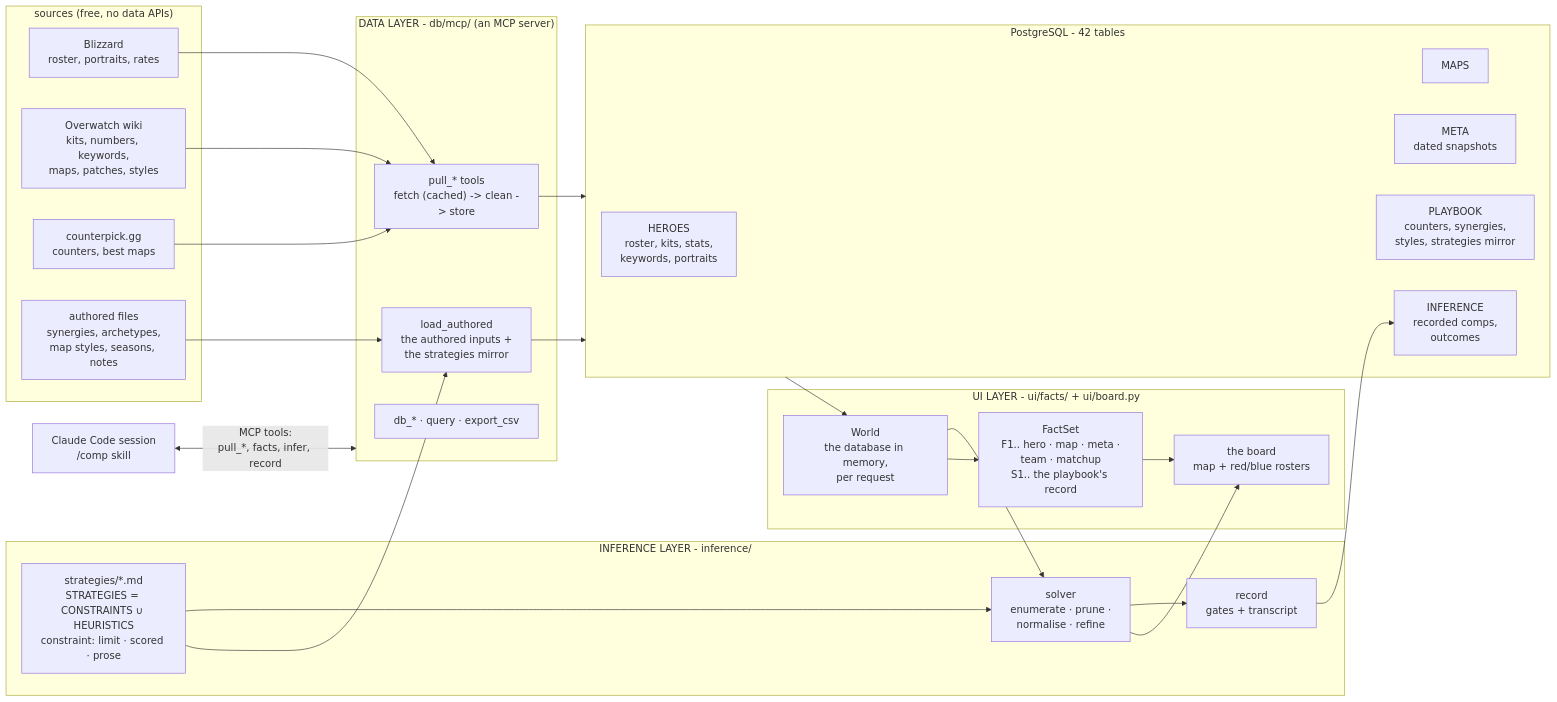
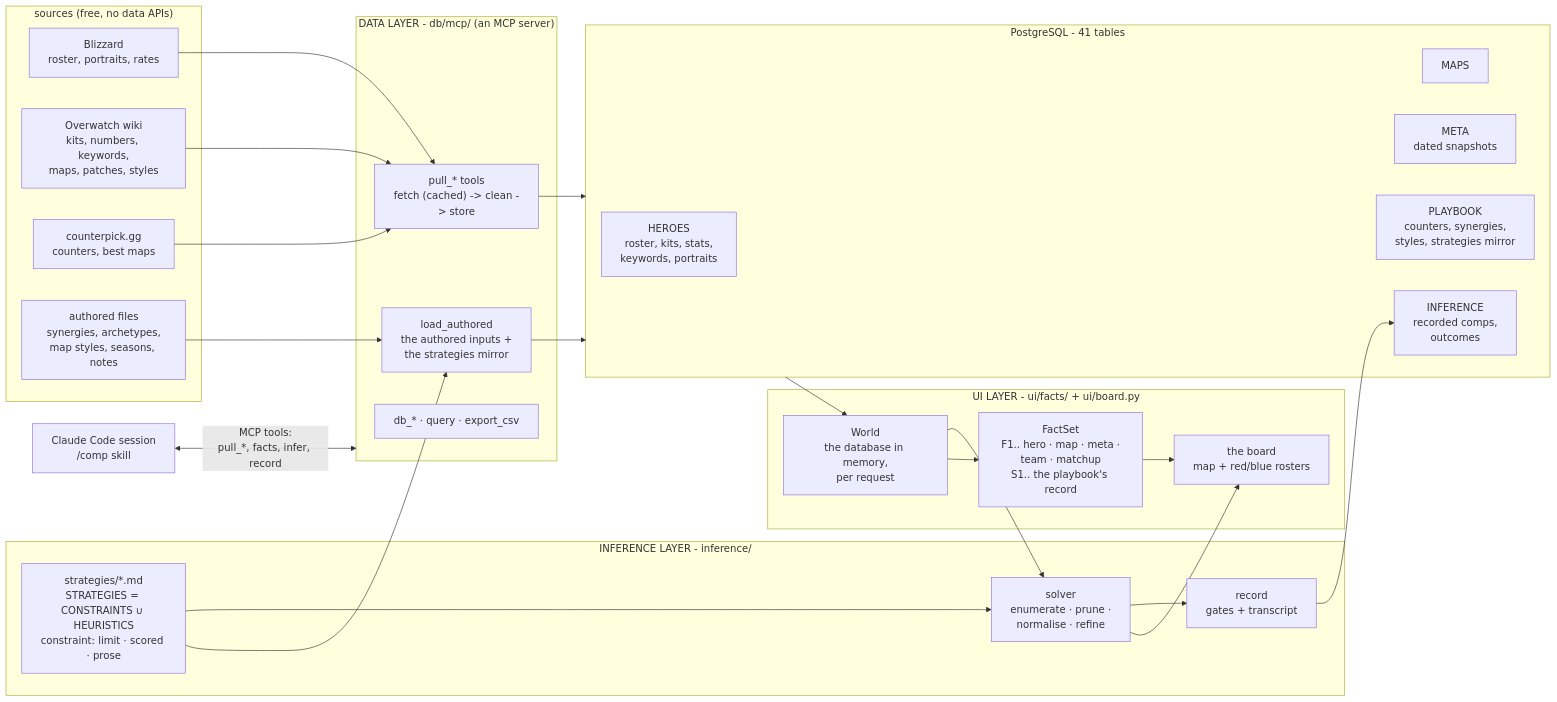
Before and after one commit to mmikol/counter-utility-matrix: the first of 2 diagrams in docs/architecture.md, drawn with Mermaid. The commit also changed other lines of this file and 7 other files, not shown here.

````diff
--- a/docs/architecture.md
+++ b/docs/architecture.md
@@ -31,46 +31,46 @@
 ```mermaid
 flowchart LR
     subgraph SOURCES["sources (free, no data APIs)"]
         BLZ["Blizzard<br/>roster, portraits, rates"]
         WIKI["Overwatch wiki<br/>kits, numbers, keywords,<br/>maps, patches, styles"]
         CPK["counterpick.gg<br/>counters, best maps"]
         CSV["authored files<br/>synergies, archetypes,<br/>map styles, seasons, notes"]
     end
 
     subgraph DATA["DATA LAYER - db/mcp/ (an MCP server)"]
         PULL["pull_* tools<br/>fetch (cached) -> clean -> store"]
         PLAY["load_authored<br/>the authored inputs +<br/>the strategies mirror"]
         DBT["db_* · query · export_csv"]
     end
 
-    subgraph PG["PostgreSQL - 42 tables"]
+    subgraph PG["PostgreSQL - 41 tables"]
         HEROES["HEROES<br/>roster, kits, stats,<br/>keywords, portraits"]
         MAPS["MAPS"]
         META["META<br/>dated snapshots"]
         PLAYBOOK["PLAYBOOK<br/>counters, synergies,<br/>styles, strategies mirror"]
         INF["INFERENCE<br/>recorded comps,<br/>outcomes"]
     end
 
     subgraph USER["UI LAYER - ui/facts/ + ui/board.py"]
         WORLD["World<br/>the database in memory,<br/>per request"]
         FACTS["FactSet<br/>F1.. hero · map · meta ·<br/>team · matchup<br/>S1.. the playbook's record"]
         BOARD["the board<br/>map + red/blue rosters"]
     end
 
     subgraph INFER["INFERENCE LAYER - inference/"]
         HEUR["strategies/*.md<br/>STRATEGIES = CONSTRAINTS ∪ HEURISTICS<br/>constraint: limit · scored · prose"]
         SOLVER["solver<br/>enumerate · prune ·<br/>normalise · refine"]
         REC["record<br/>gates + transcript"]
     end
 
     BLZ & WIKI & CPK --> PULL
     CSV --> PLAY
     HEUR --> PLAY
     PULL & PLAY --> PG
     PG --> WORLD --> FACTS --> BOARD
     WORLD --> SOLVER
     HEUR --> SOLVER
     SOLVER --> BOARD
     SOLVER --> REC --> INF
     CHAT["Claude Code session<br/>/comp skill"] <-->|"MCP tools:<br/>pull_*, facts, infer, record"| DATA
 ```
````
